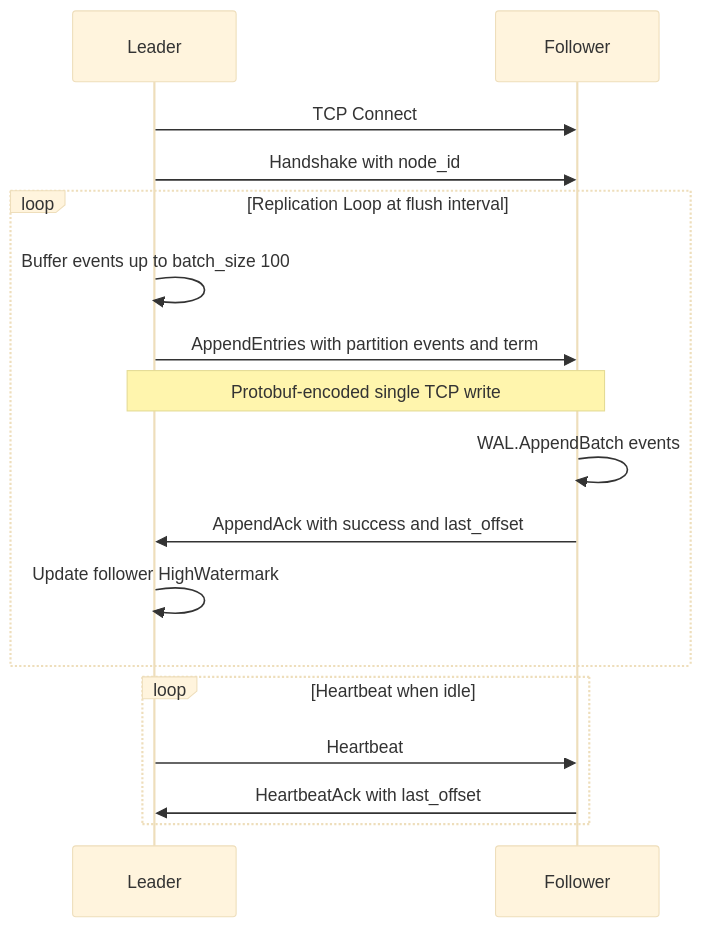
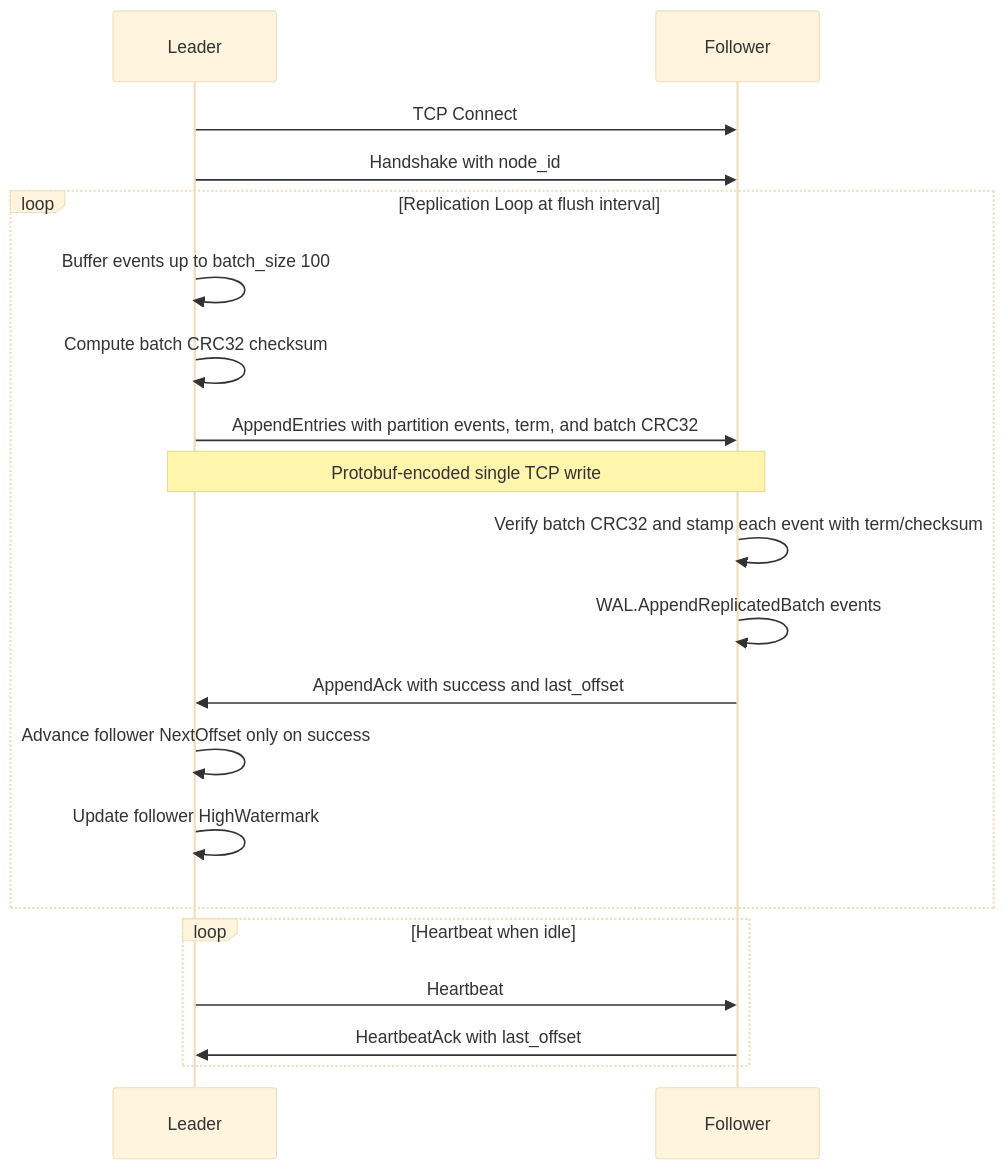
Diagram 37 of 45 in ARCHITECTURE.md (jatin711-debug/cronos_db_golang), drawn with Mermaid (base theme) before and after one commit. The commit also changed other lines of this file and 18 other files, not shown here.

Commit message:
docs: update architecture docs for WAL v2, --dev mode, security defaults, retention, CDC, and graceful gRPC

````diff
--- a/ARCHITECTURE.md
+++ b/ARCHITECTURE.md
@@ -1032,22 +1094,25 @@
 ```mermaid
 sequenceDiagram
     participant L as Leader
     participant F as Follower
 
     L->>F: TCP Connect
     L->>F: Handshake with node_id
 
     loop Replication Loop at flush interval
         L->>L: Buffer events up to batch_size 100
-        L->>F: AppendEntries with partition events and term
+        L->>L: Compute batch CRC32 checksum
+        L->>F: AppendEntries with partition events, term, and batch CRC32
         Note over L,F: Protobuf-encoded single TCP write
-        F->>F: WAL.AppendBatch events
+        F->>F: Verify batch CRC32 and stamp each event with term/checksum
+        F->>F: WAL.AppendReplicatedBatch events
         F->>L: AppendAck with success and last_offset
+        L->>L: Advance follower NextOffset only on success
         L->>L: Update follower HighWatermark
     end
 
     loop Heartbeat when idle
         L->>F: Heartbeat
         F->>L: HeartbeatAck with last_offset
     end
 ```
````
